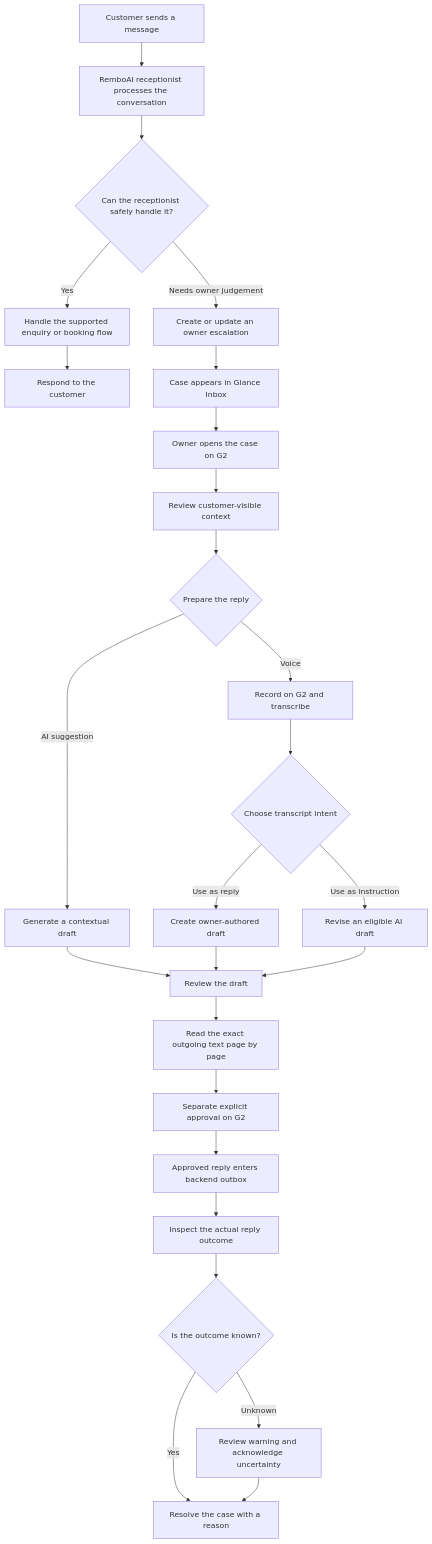
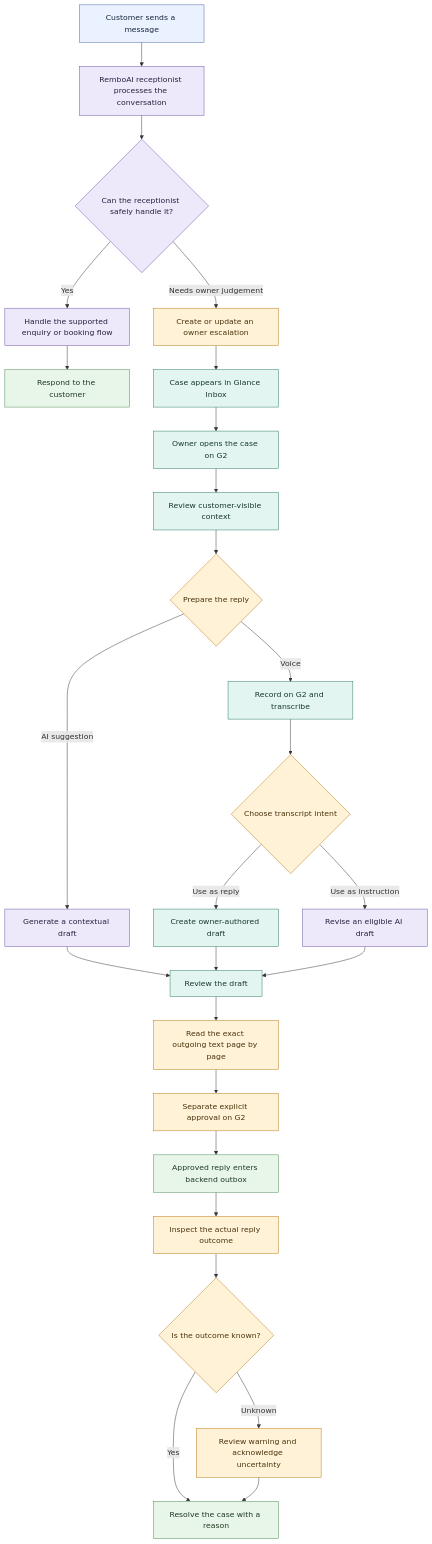
One commit to Greatman62k/remboai-glance changed the first of 2 diagrams in README.md. Above: the diagram before and after it, drawn with Mermaid. The commit also changed other lines of this file and 1 other file, not shown here.

````diff
--- a/README.md
+++ b/README.md
@@ -116,28 +134,39 @@
 ```mermaid
 flowchart TD
     A[Customer sends a message] --> B[RemboAI receptionist processes the conversation]
     B --> C{Can the receptionist safely handle it?}
     C -->|Yes| D[Handle the supported enquiry or booking flow]
     D --> E[Respond to the customer]
     C -->|Needs owner judgement| F[Create or update an owner escalation]
     F --> G[Case appears in Glance Inbox]
     G --> H[Owner opens the case on G2]
     H --> I[Review customer-visible context]
     I --> J{Prepare the reply}
     J -->|AI suggestion| K[Generate a contextual draft]
     J -->|Voice| L[Record on G2 and transcribe]
     L --> M{Choose transcript intent}
     M -->|Use as reply| N[Create owner-authored draft]
     M -->|Use as instruction| O[Revise an eligible AI draft]
     K --> P[Review the draft]
     N --> P
     O --> P
     P --> Q[Read the exact outgoing text page by page]
     Q --> R[Separate explicit approval on G2]
     R --> S[Approved reply enters backend outbox]
     S --> T[Inspect the actual reply outcome]
     T --> V{Is the outcome known?}
     V -->|Yes| W[Resolve the case with a reason]
     V -->|Unknown| X[Review warning and acknowledge uncertainty]
     X --> W
+
+    classDef external fill:#EAF1FF,stroke:#476AA8,color:#18263E,stroke-width:1px
+    classDef backend fill:#EEE9FA,stroke:#6B50A6,color:#29203F,stroke-width:1px
+    classDef owner fill:#FFF2D6,stroke:#B87912,color:#49330E,stroke-width:1px
+    classDef wearable fill:#E3F5F0,stroke:#267A69,color:#17372F,stroke-width:1px
+    classDef complete fill:#E8F5E9,stroke:#4F8A52,color:#1E3B22,stroke-width:1px
+    class A external
+    class B,C,D,K,O backend
+    class F,J,M,Q,R,T,V,X owner
+    class G,H,I,L,N,P wearable
+    class E,S,W complete
 ```
````
